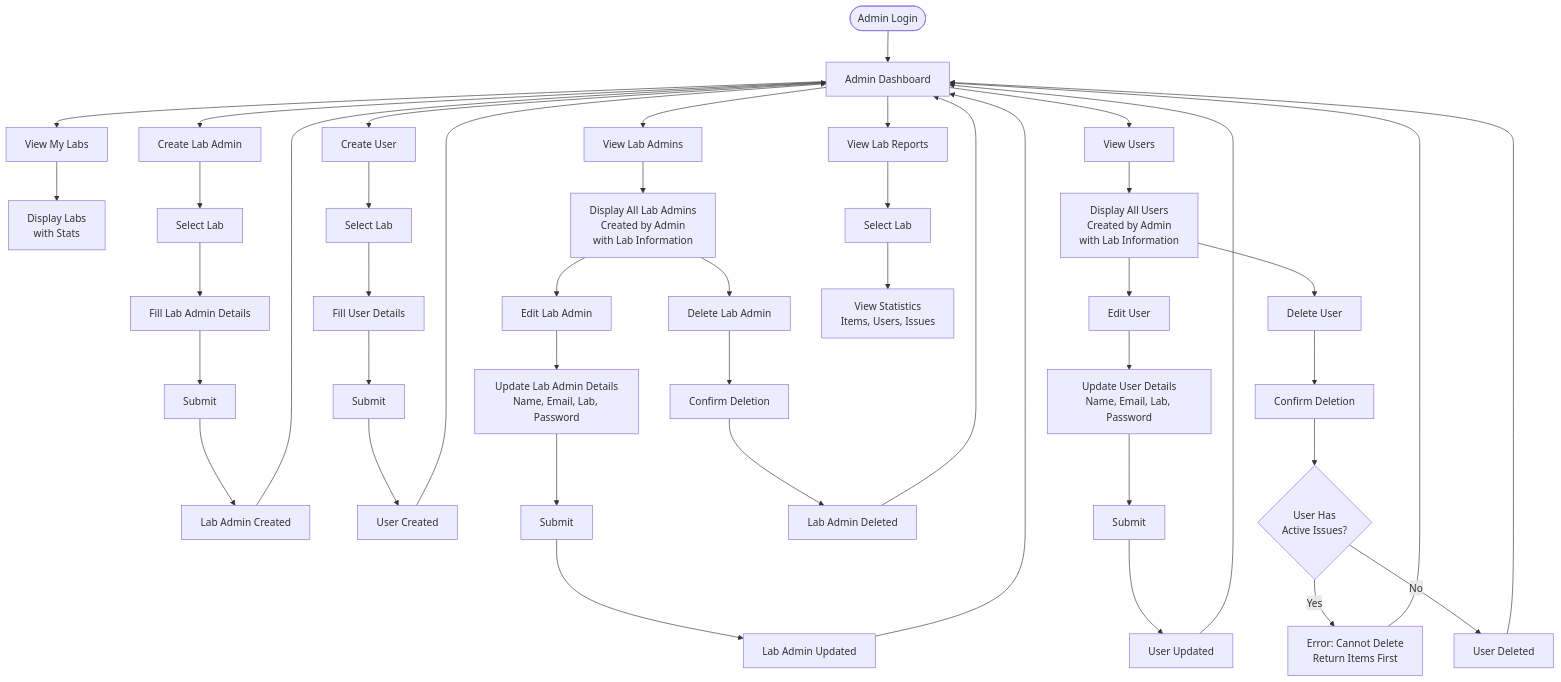
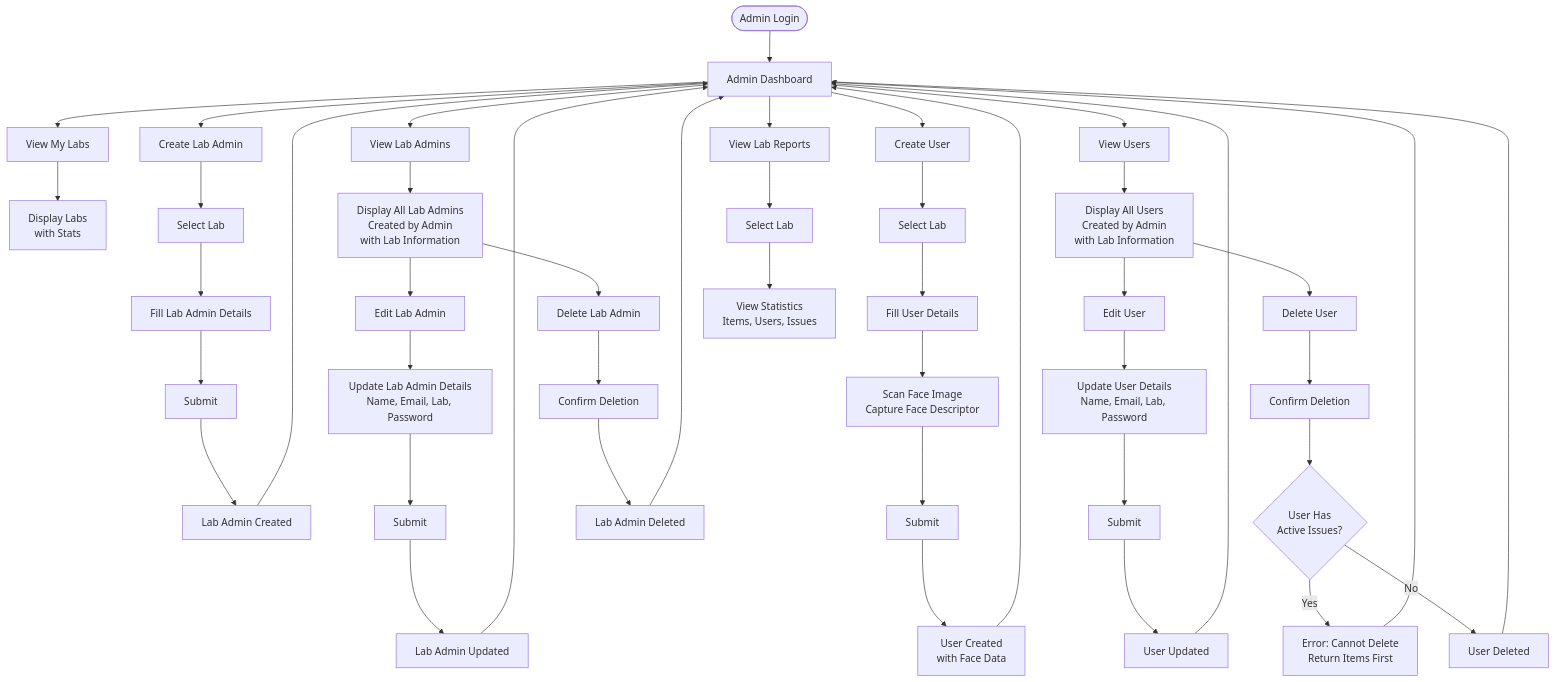
One commit to bejoy-jbt/Laboratory-Items-Issue-Management-System- changed the third of 18 diagrams in docs/DIAGRAMS.md. Above: the diagram before and after it, drawn with Mermaid. The commit also changed other lines of this file and 65 other files, not shown here.

````diff
--- a/docs/DIAGRAMS.md
+++ b/docs/DIAGRAMS.md
@@ -165,52 +178,53 @@
 ```mermaid
 flowchart TD
     START([Admin Login]) --> DASH[Admin Dashboard]
     DASH --> VIEW_LABS[View My Labs]
     DASH --> CREATE_LA[Create Lab Admin]
     DASH --> VIEW_LA[View Lab Admins]
     DASH --> REPORTS[View Lab Reports]
     
     VIEW_LABS --> LAB_LIST[Display Labs<br/>with Stats]
     
     CREATE_LA --> SELECT_LAB[Select Lab]
     SELECT_LAB --> FORM[Fill Lab Admin Details]
     FORM --> SUBMIT[Submit]
     SUBMIT --> SUCCESS[Lab Admin Created]
     SUCCESS --> DASH
     
     DASH --> CREATE_USER[Create User]
     CREATE_USER --> SELECT_LAB_USER[Select Lab]
     SELECT_LAB_USER --> FORM_USER[Fill User Details]
-    FORM_USER --> SUBMIT_USER[Submit]
-    SUBMIT_USER --> SUCCESS_USER[User Created]
+    FORM_USER --> FACE_SCAN_USER[Scan Face Image<br/>Capture Face Descriptor]
+    FACE_SCAN_USER --> SUBMIT_USER[Submit]
+    SUBMIT_USER --> SUCCESS_USER[User Created<br/>with Face Data]
     SUCCESS_USER --> DASH
     
     VIEW_LA --> LA_LIST[Display All Lab Admins<br/>Created by Admin<br/>with Lab Information]
     LA_LIST --> EDIT_LA[Edit Lab Admin]
     LA_LIST --> DELETE_LA[Delete Lab Admin]
     EDIT_LA --> FORM_EDIT_LA[Update Lab Admin Details<br/>Name, Email, Lab, Password]
     FORM_EDIT_LA --> SUBMIT_EDIT_LA[Submit]
     SUBMIT_EDIT_LA --> SUCCESS_EDIT_LA[Lab Admin Updated]
     SUCCESS_EDIT_LA --> DASH
     DELETE_LA --> CONFIRM_DELETE_LA[Confirm Deletion]
     CONFIRM_DELETE_LA --> SUCCESS_DELETE_LA[Lab Admin Deleted]
     SUCCESS_DELETE_LA --> DASH
     
     DASH --> VIEW_USERS[View Users]
     VIEW_USERS --> USER_LIST[Display All Users<br/>Created by Admin<br/>with Lab Information]
     USER_LIST --> EDIT_USER[Edit User]
     USER_LIST --> DELETE_USER[Delete User]
     EDIT_USER --> FORM_EDIT_USER[Update User Details<br/>Name, Email, Lab, Password]
     FORM_EDIT_USER --> SUBMIT_EDIT_USER[Submit]
     SUBMIT_EDIT_USER --> SUCCESS_EDIT_USER[User Updated]
     SUCCESS_EDIT_USER --> DASH
     DELETE_USER --> CONFIRM_DELETE_USER[Confirm Deletion]
     CONFIRM_DELETE_USER --> CHECK_ACTIVE_ISSUES{User Has<br/>Active Issues?}
     CHECK_ACTIVE_ISSUES -->|Yes| ERROR_USER[Error: Cannot Delete<br/>Return Items First]
     CHECK_ACTIVE_ISSUES -->|No| SUCCESS_DELETE_USER[User Deleted]
     ERROR_USER --> DASH
     SUCCESS_DELETE_USER --> DASH
     
     REPORTS --> SELECT_LAB2[Select Lab]
     SELECT_LAB2 --> REPORT_DATA[View Statistics<br/>Items, Users, Issues]
 ```
````
